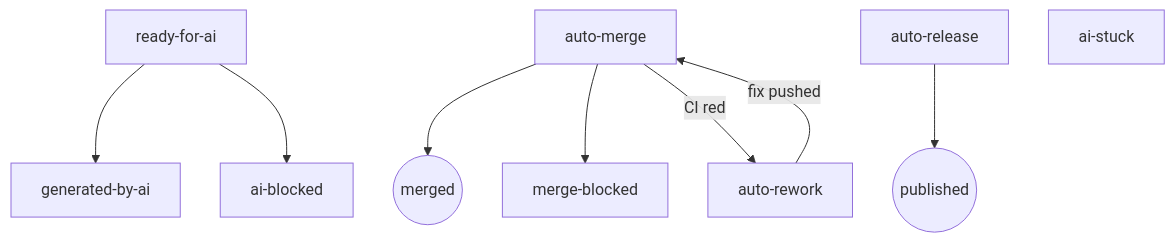
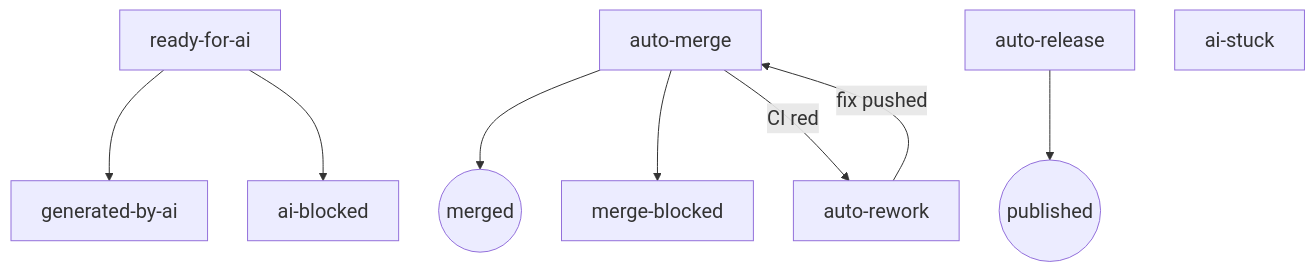
The third of 5 diagrams in docs/agent-orchestration/04-architecture.md (hifi-phil/umbraco-mcp-ops), drawn with Mermaid before and after one commit. The commit also changed other lines of this file, not shown here.

Commit message:
docs(agent-orchestration): diagrams a size bigger; one run without the decide arrow and loop box

````diff
--- a/docs/agent-orchestration/04-architecture.md
+++ b/docs/agent-orchestration/04-architecture.md
@@ -67,12 +65,12 @@
 ```mermaid
-%%{init: {"flowchart": {"nodeSpacing": 40, "rankSpacing": 60}}}%%
+%%{init: {"themeVariables": {"fontSize": "20px"}, "flowchart": {"nodeSpacing": 40, "rankSpacing": 60}}}%%
 flowchart TD
     A[ready-for-ai] --> B[generated-by-ai]
     A --> C[ai-blocked]
     M[auto-merge] --> MD((merged))
     M --> MB[merge-blocked]
     M -- "CI red" --> RW[auto-rework]
     RW -- "fix pushed" --> M
     REL[auto-release] --> P((published))
     S[ai-stuck]
 ```
````
